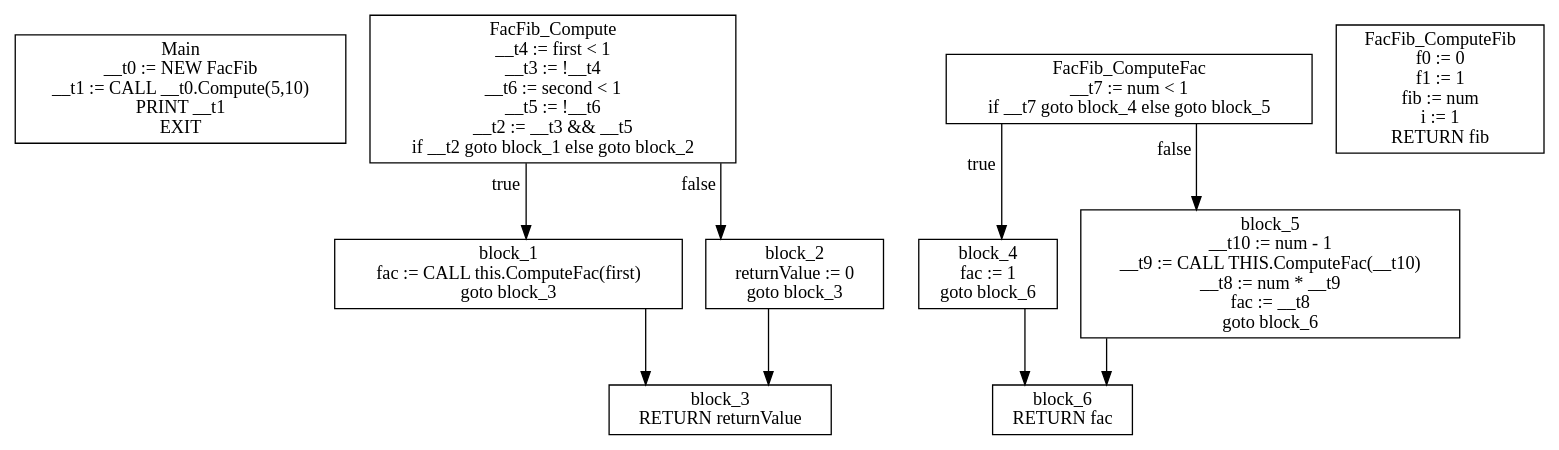
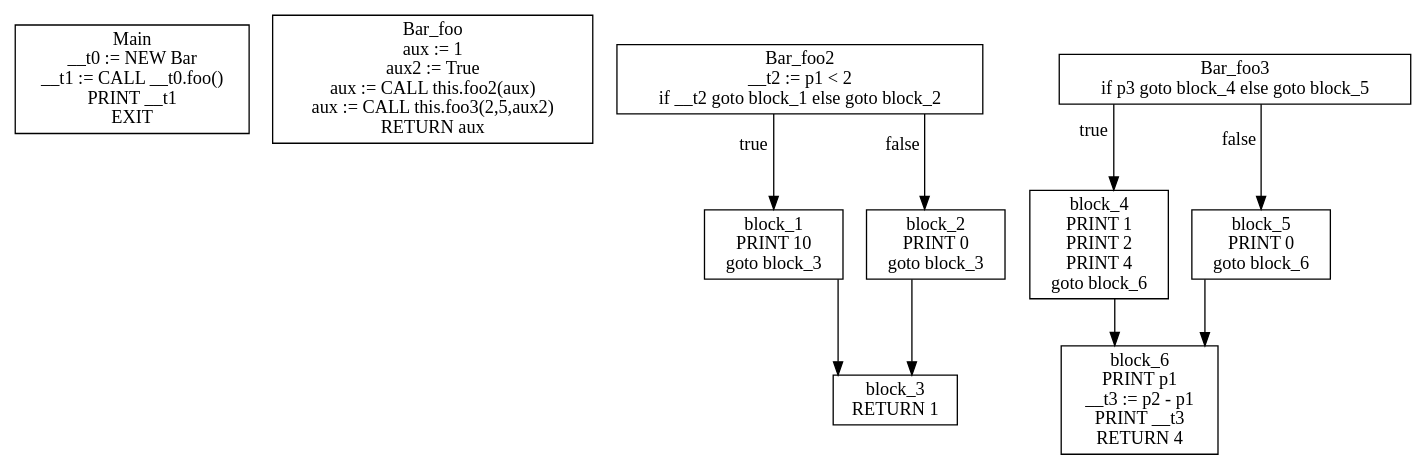
The diagram in gettingStarted/cfg.dot (KarmaSora/Compiler), drawn with Graphviz before and after one commit. The commit also changed 6 other files, not shown here.

```diff
--- a/gettingStarted/cfg.dot
+++ b/gettingStarted/cfg.dot
@@ -1,22 +1,22 @@
 digraph CFG {
 graph [splines=ortho];
 node [shape=box];
-Main [label="Main\n__t0 := NEW FacFib\n__t1 := CALL __t0.Compute(5,10)\nPRINT __t1\nEXIT\n"];
-FacFib_Compute -> block_1 [xlabel="true"];
-FacFib_Compute -> block_2 [xlabel="false"];
-FacFib_Compute [label="FacFib_Compute\n__t4 := first < 1\n__t3 := !__t4\n__t6 := second < 1\n__t5 := !__t6\n__t2 := __t3 && __t5\nif __t2 goto block_1 else goto block_2\n"];
+Main [label="Main\n__t0 := NEW Bar\n__t1 := CALL __t0.foo()\nPRINT __t1\nEXIT\n"];
+Bar_foo [label="Bar_foo\naux := 1\naux2 := True\naux := CALL this.foo2(aux)\naux := CALL this.foo3(2,5,aux2)\nRETURN aux\n"];
+Bar_foo2 -> block_1 [xlabel="true"];
+Bar_foo2 -> block_2 [xlabel="false"];
+Bar_foo2 [label="Bar_foo2\n__t2 := p1 < 2\nif __t2 goto block_1 else goto block_2\n"];
 block_1 -> block_3;
-block_1 [label="block_1\nfac := CALL this.ComputeFac(first)\ngoto block_3\n"];
+block_1 [label="block_1\nPRINT 10\ngoto block_3\n"];
 block_2 -> block_3;
-block_2 [label="block_2\nreturnValue := 0\ngoto block_3\n"];
-block_3 [label="block_3\nRETURN returnValue\n"];
-FacFib_ComputeFac -> block_4 [xlabel="true"];
-FacFib_ComputeFac -> block_5 [xlabel="false"];
-FacFib_ComputeFac [label="FacFib_ComputeFac\n__t7 := num < 1\nif __t7 goto block_4 else goto block_5\n"];
+block_2 [label="block_2\nPRINT 0\ngoto block_3\n"];
+block_3 [label="block_3\nRETURN 1\n"];
+Bar_foo3 -> block_4 [xlabel="true"];
+Bar_foo3 -> block_5 [xlabel="false"];
+Bar_foo3 [label="Bar_foo3\nif p3 goto block_4 else goto block_5\n"];
 block_4 -> block_6;
-block_4 [label="block_4\nfac := 1\ngoto block_6\n"];
+block_4 [label="block_4\nPRINT 1\nPRINT 2\nPRINT 4\ngoto block_6\n"];
 block_5 -> block_6;
-block_5 [label="block_5\n__t10 := num - 1\n__t9 := CALL THIS.ComputeFac(__t10)\n__t8 := num * __t9\nfac := __t8\ngoto block_6\n"];
-block_6 [label="block_6\nRETURN fac\n"];
-FacFib_ComputeFib [label="FacFib_ComputeFib\nf0 := 0\nf1 := 1\nfib := num\ni := 1\nRETURN fib\n"];
+block_5 [label="block_5\nPRINT 0\ngoto block_6\n"];
+block_6 [label="block_6\nPRINT p1\n__t3 := p2 - p1\nPRINT __t3\nRETURN 4\n"];
 }
```
